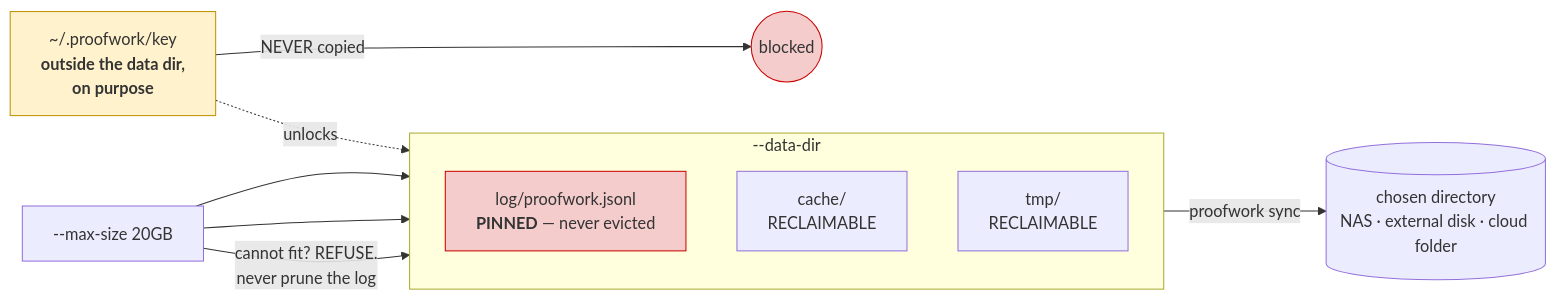
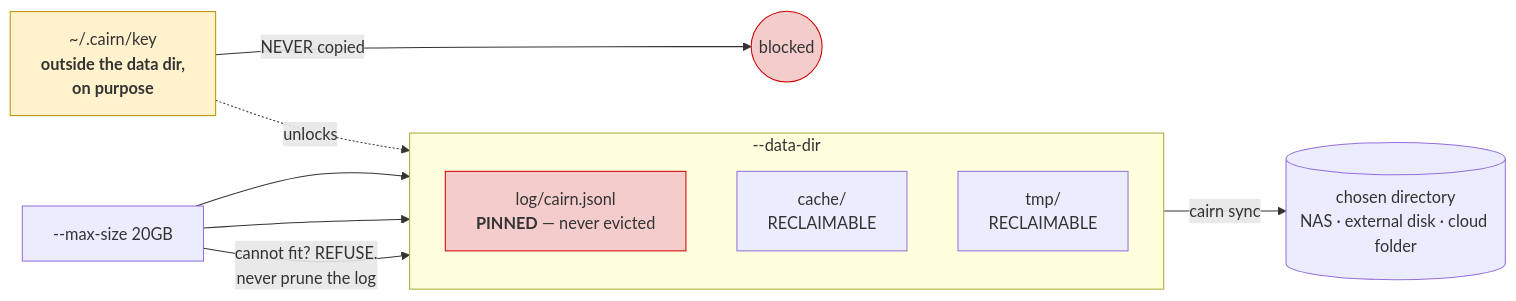
Before and after one commit to aburan28/cairn: the ninth of 12 diagrams in docs/diagrams.md, drawn with Mermaid. The commit also changed other lines of this file and 187 other files, not shown here.

First line of the commit message:
feat!: rename proofwork to cairn

````diff
--- a/docs/diagrams.md
+++ b/docs/diagrams.md
@@ -329,23 +329,23 @@
 ```mermaid
 flowchart LR
     subgraph data["--data-dir"]
         direction TB
-        logd["log/proofwork.jsonl<br/><b>PINNED</b> — never evicted"]
+        logd["log/cairn.jsonl<br/><b>PINNED</b> — never evicted"]
         cache["cache/<br/>RECLAIMABLE"]
         tmp["tmp/<br/>RECLAIMABLE"]
     end
-    key["~/.proofwork/key<br/><b>outside the data dir,<br/>on purpose</b>"]
+    key["~/.cairn/key<br/><b>outside the data dir,<br/>on purpose</b>"]
     dest[("chosen directory<br/>NAS · external disk · cloud folder")]
 
     key -.->|"unlocks"| logd
-    data -->|"proofwork sync"| dest
+    data -->|"cairn sync"| dest
     key -->|"NEVER copied"| blocked(("blocked"))
 
     quota["--max-size 20GB"] --> cache
     quota --> tmp
     quota -->|"cannot fit? REFUSE.<br/>never prune the log"| logd
 
     style logd fill:#f4cccc,stroke:#cc0000
     style key fill:#fff2cc,stroke:#bf9000
     style blocked fill:#f4cccc,stroke:#cc0000
 ```
````
